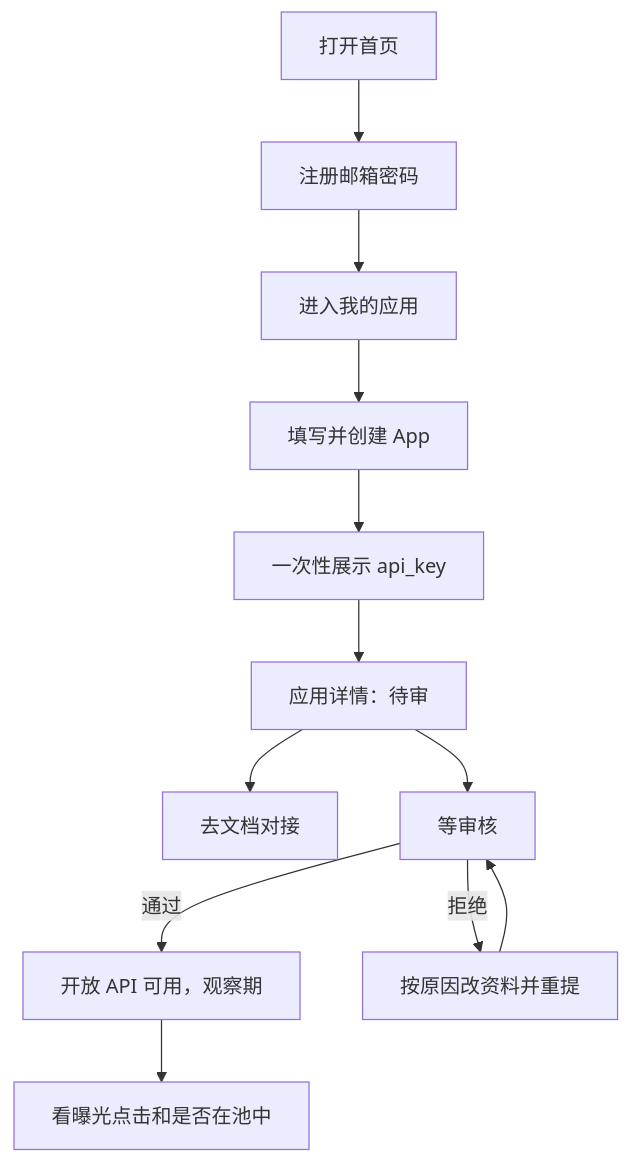
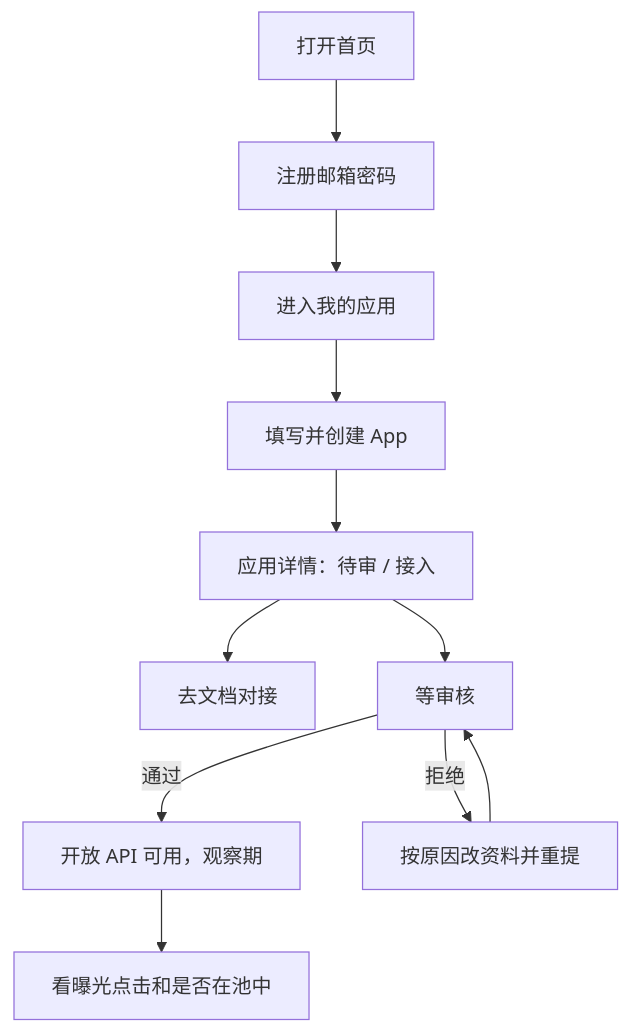
The second of 3 diagrams in TECH-appunions.md (w2solo/appunion), drawn with Mermaid before and after one commit. The commit also changed other lines of this file and 12 other files, not shown here.

````diff
--- a/TECH-appunions.md
+++ b/TECH-appunions.md
@@ -146,14 +146,13 @@
 ```mermaid
 flowchart TD
   Home[打开首页] --> Reg[注册邮箱密码]
   Reg --> Apps[进入我的应用]
   Apps --> Create[填写并创建 App]
-  Create --> KeyModal[一次性展示 api_key]
-  KeyModal --> Detail[应用详情：待审]
+  Create --> Detail[应用详情：待审 / 接入]
   Detail --> Docs[去文档对接]
   Detail --> Wait[等审核]
   Wait -->|通过| Ready[开放 API 可用，观察期]
   Wait -->|拒绝| Edit[按原因改资料并重提]
   Edit --> Wait
   Ready --> Stats[看曝光点击和是否在池中]
 ```
````
